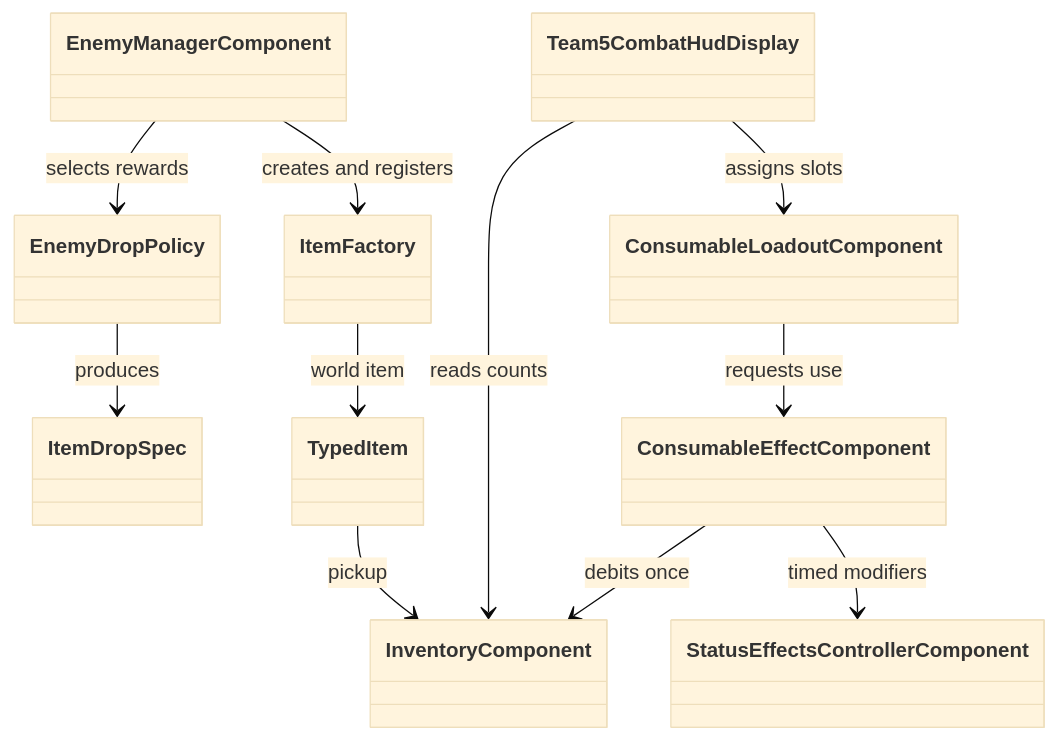
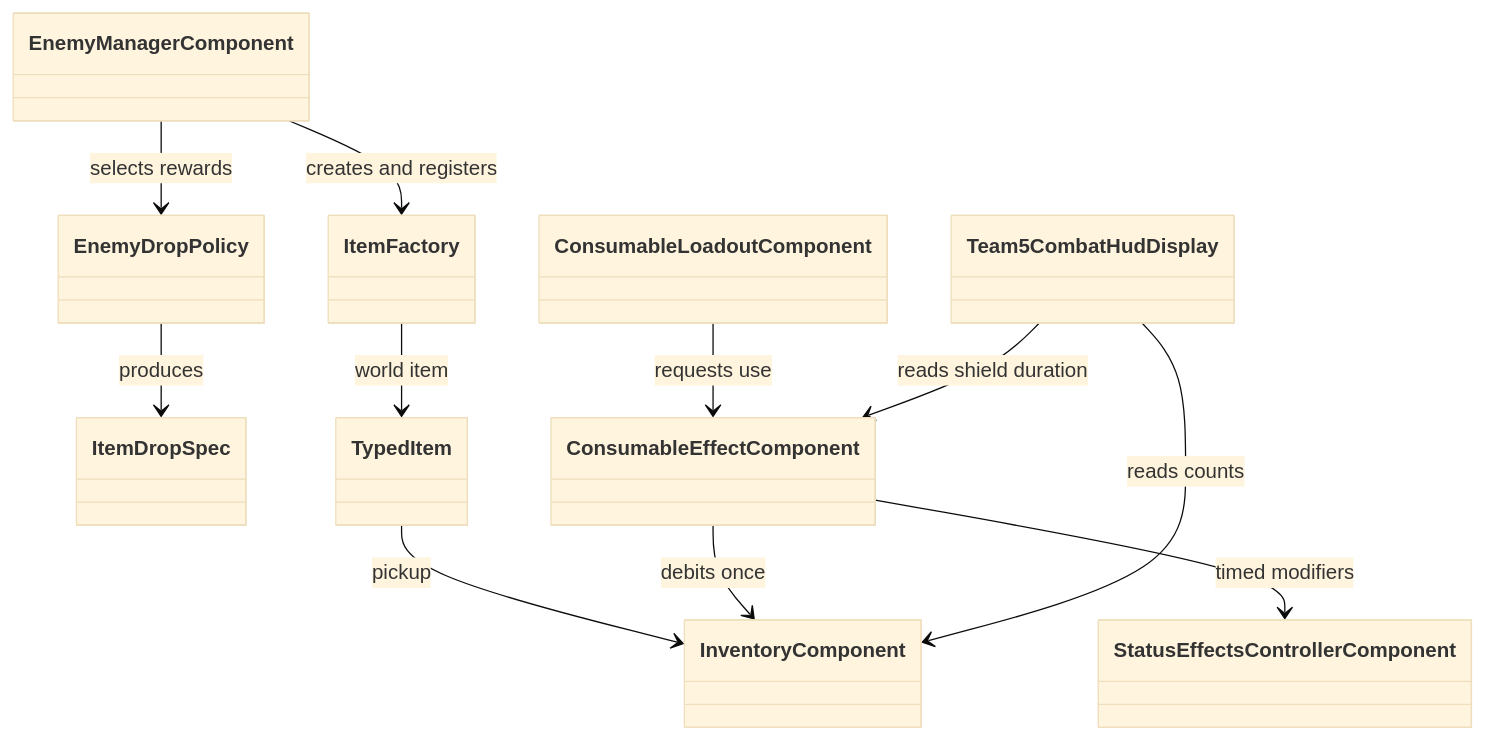
The first of 2 diagrams in source/docs/team5-consumables-currency-sprint2-wiki-draft.md (UQcsse3200/2026-studio-4), drawn with Mermaid (base theme) before and after one commit. The commit also changed other lines of this file and 8 other files, not shown here.

Commit message:
feat(items): fix consumable keys and show shield duration with item icons

````diff
--- a/source/docs/team5-consumables-currency-sprint2-wiki-draft.md
+++ b/source/docs/team5-consumables-currency-sprint2-wiki-draft.md
@@ -34,13 +36,13 @@
 ```mermaid
 classDiagram
   EnemyManagerComponent --> EnemyDropPolicy : selects rewards
   EnemyDropPolicy --> ItemDropSpec : produces
   EnemyManagerComponent --> ItemFactory : creates and registers
   ItemFactory --> TypedItem : world item
   TypedItem --> InventoryComponent : pickup
   ConsumableLoadoutComponent --> ConsumableEffectComponent : requests use
   ConsumableEffectComponent --> InventoryComponent : debits once
   ConsumableEffectComponent --> StatusEffectsControllerComponent : timed modifiers
   Team5CombatHudDisplay --> InventoryComponent : reads counts
-  Team5CombatHudDisplay --> ConsumableLoadoutComponent : assigns slots
+  Team5CombatHudDisplay --> ConsumableEffectComponent : reads shield duration
 ```
````
